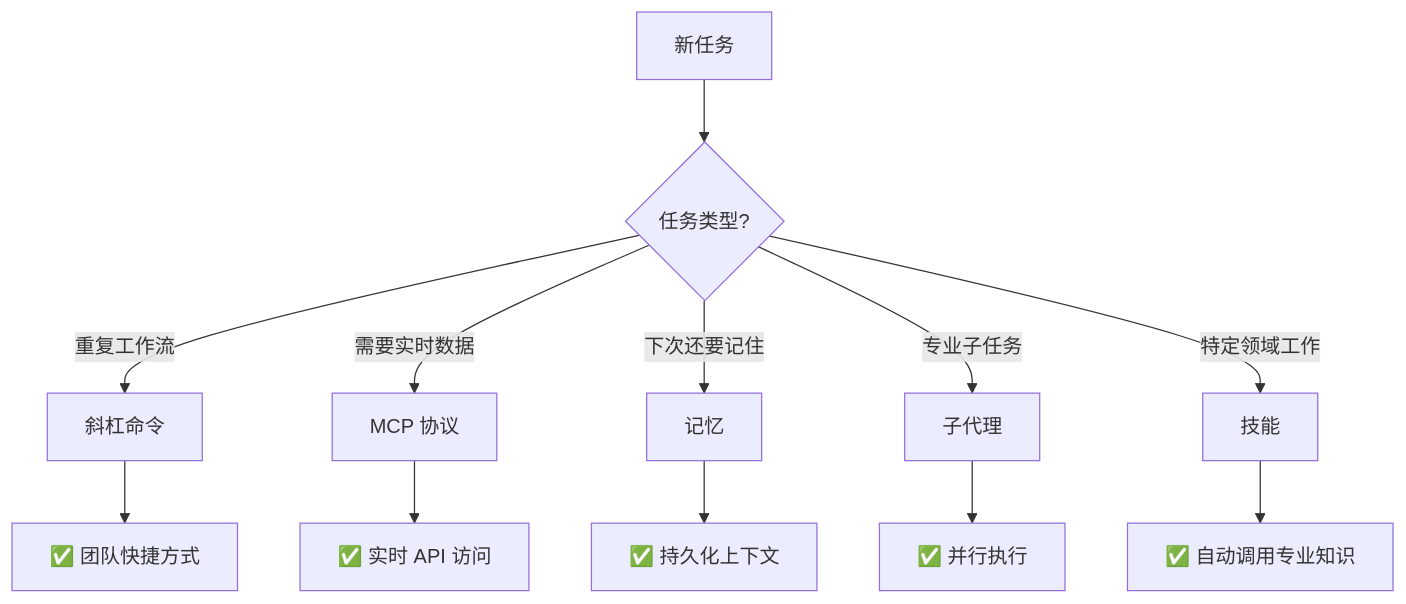
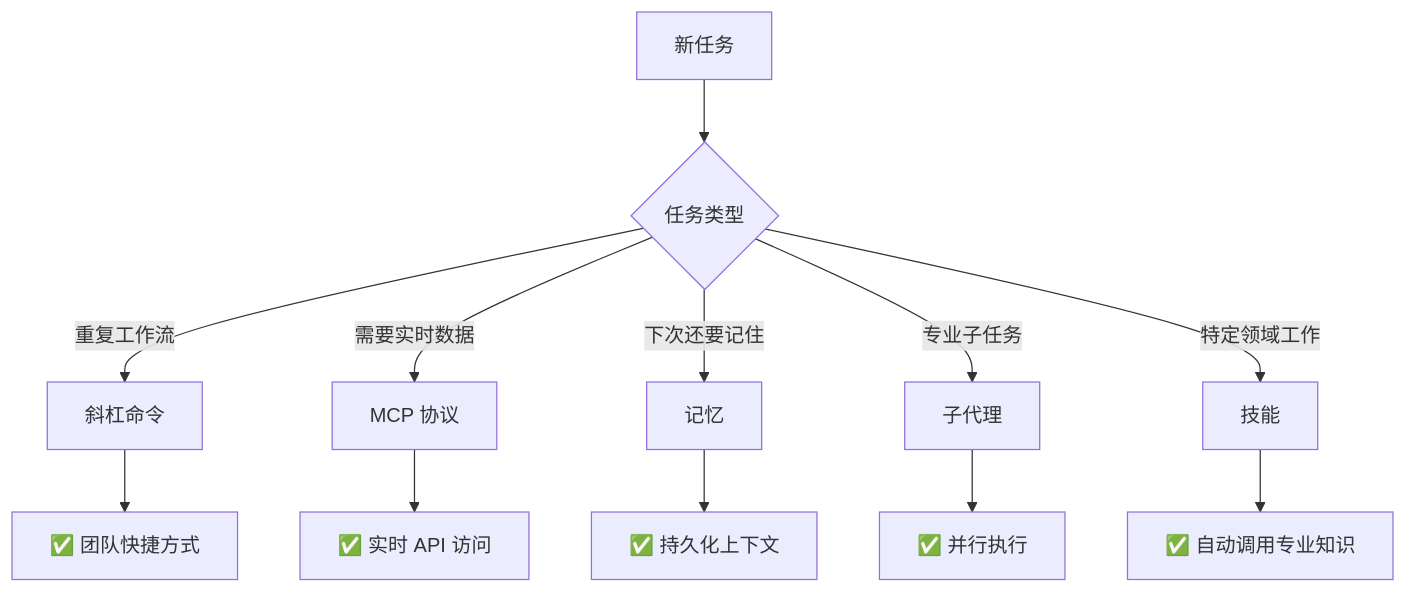
Before and after one commit to Rx782-Fss/claude-howto-zh: diagram 30 of 31 in claude_concepts_guide.md, drawn with Mermaid. The commit also changed 1 other file, not shown here.

Commit message:
fix: 移除菱形节点中的 ? 特殊字符避免 GitHub Mermaid 解析错误

````diff
--- a/claude_concepts_guide.md
+++ b/claude_concepts_guide.md
@@ -2712,16 +2712,16 @@
 ```mermaid
 graph TD
-    A["新任务"] --> B{任务类型?}
+    A["新任务"] --> B{"任务类型"}
 
     B -->|重复工作流| C["斜杠命令"]
     B -->|需要实时数据| D["MCP 协议"]
     B -->|下次还要记住| E["记忆"]
     B -->|专业子任务| F["子代理"]
     B -->|特定领域工作| G["技能"]
 
     C --> C1["✅ 团队快捷方式"]
     D --> D1["✅ 实时 API 访问"]
     E --> E1["✅ 持久化上下文"]
     F --> F1["✅ 并行执行"]
     G --> G1["✅ 自动调用专业知识"]
 ```
````
